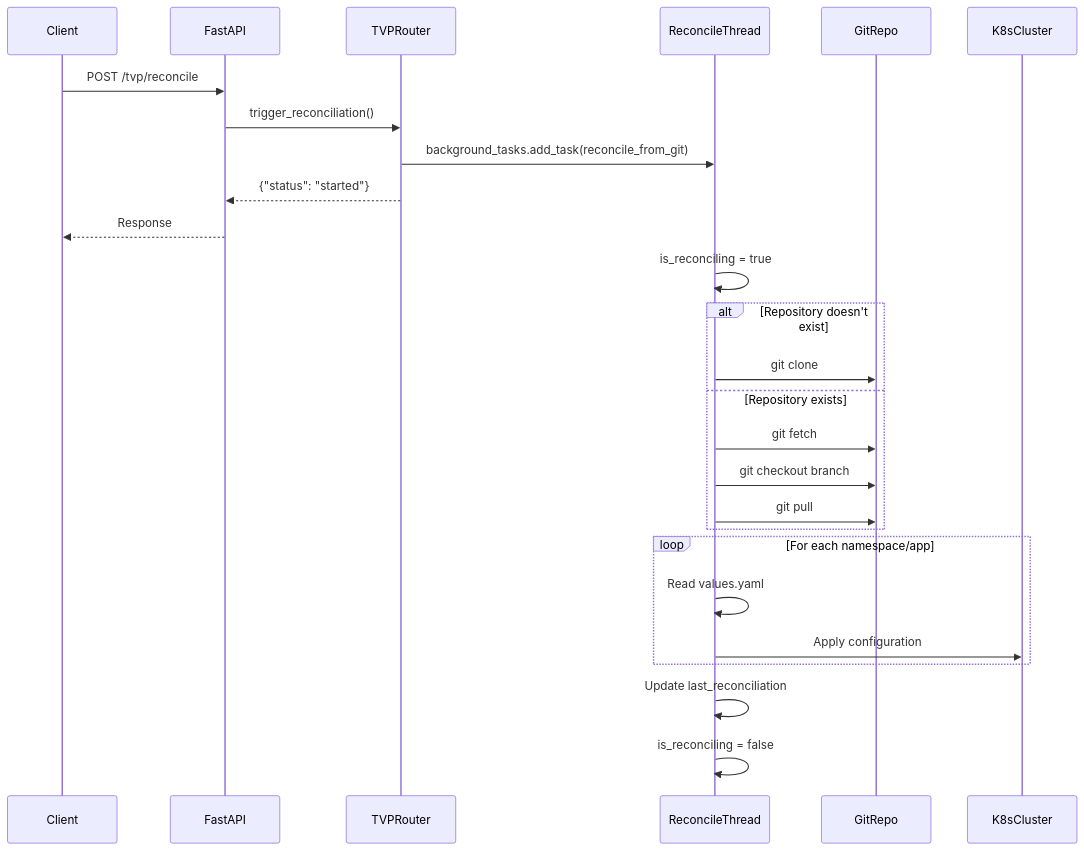
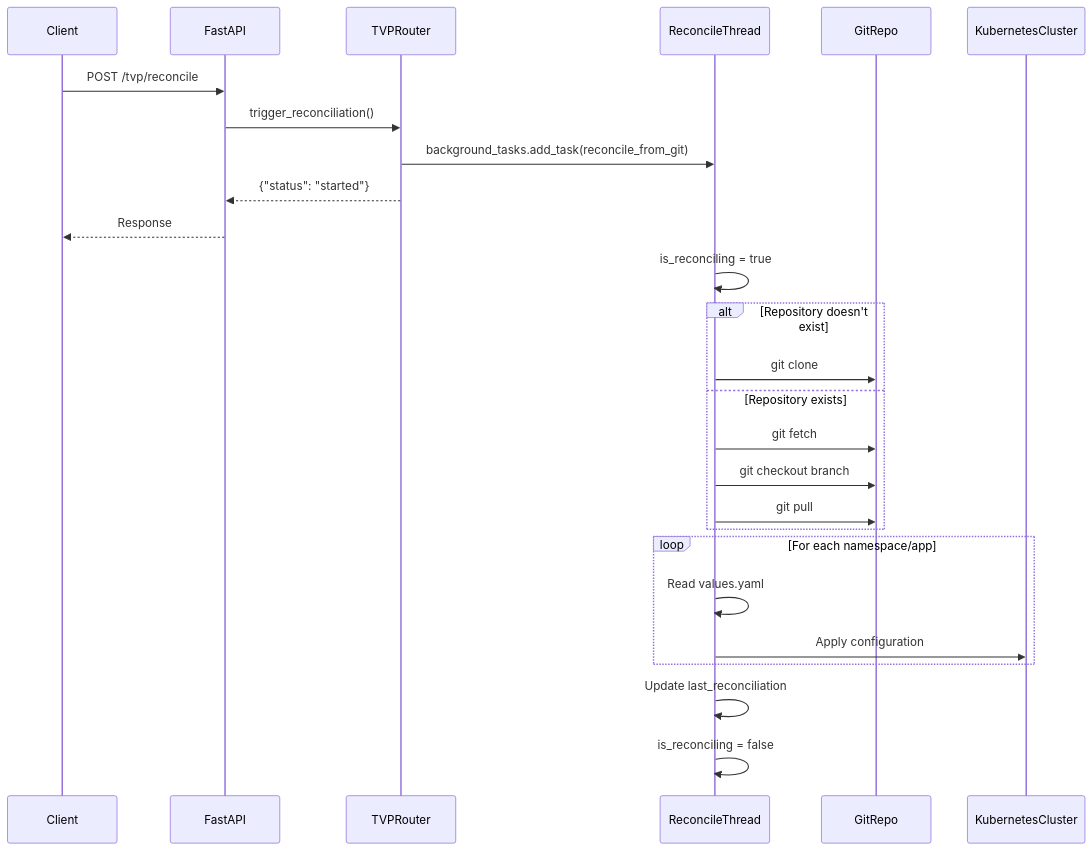
One commit to lloydchang/tvp-k8s changed the fifth of 9 diagrams in README.md. Above: the diagram before and after it, drawn with Mermaid. The commit also changed other lines of this file and 12 other files, not shown here.

````diff
--- a/README.md
+++ b/README.md
@@ -273,34 +273,34 @@
 ```mermaid
 sequenceDiagram
     participant Client
     participant FastAPI
     participant TVPRouter
     participant ReconcileThread
     participant GitRepo
-    participant K8sCluster
+    participant KubernetesCluster
     
     Client->>FastAPI: POST /tvp/reconcile
     FastAPI->>TVPRouter: trigger_reconciliation()
     TVPRouter->>ReconcileThread: background_tasks.add_task(reconcile_from_git)
     TVPRouter-->>FastAPI: {"status": "started"}
     FastAPI-->>Client: Response
     
     ReconcileThread->>ReconcileThread: is_reconciling = true
     
     alt Repository doesn't exist
         ReconcileThread->>GitRepo: git clone
     else Repository exists
         ReconcileThread->>GitRepo: git fetch
         ReconcileThread->>GitRepo: git checkout branch
         ReconcileThread->>GitRepo: git pull
     end
     
     loop For each namespace/app
         ReconcileThread->>ReconcileThread: Read values.yaml
-        ReconcileThread->>K8sCluster: Apply configuration
+        ReconcileThread->>KubernetesCluster: Apply configuration
     end
     
     ReconcileThread->>ReconcileThread: Update last_reconciliation
     ReconcileThread->>ReconcileThread: is_reconciling = false
 
 ```
````
